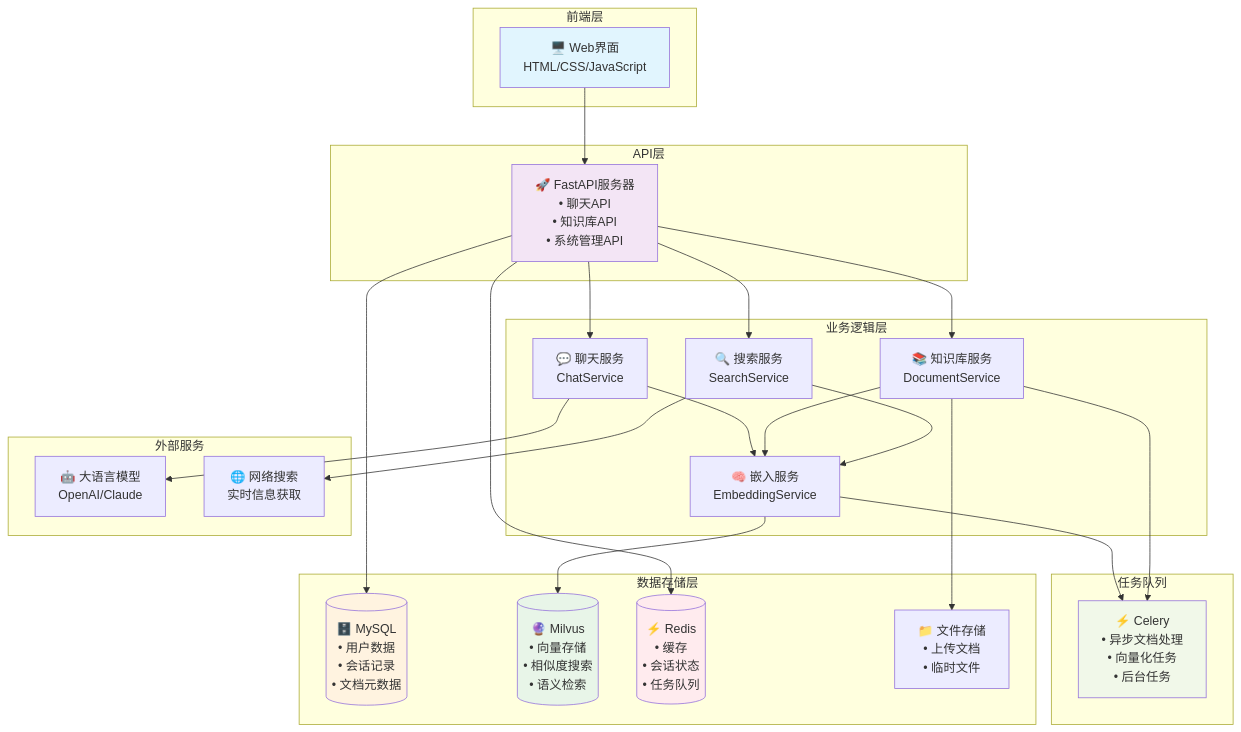
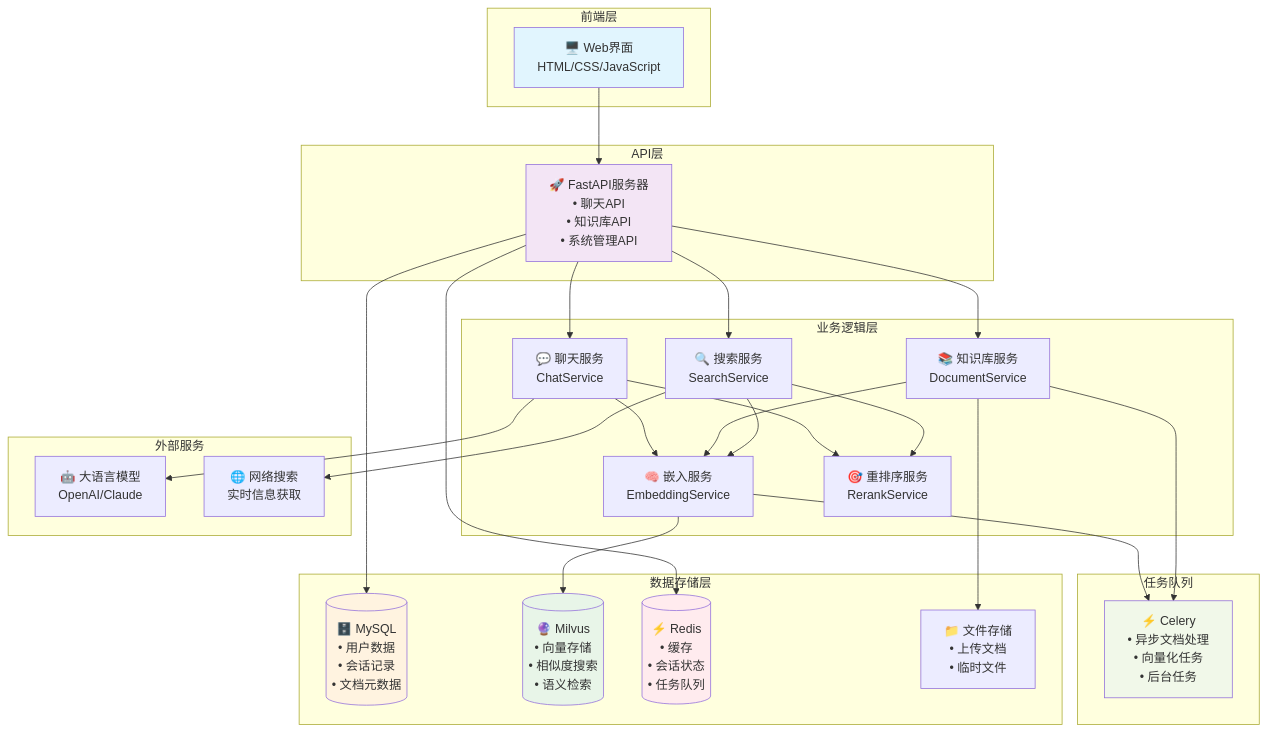
The diagram in README.md (lemonguess/sparklinkAI), drawn with Mermaid before and after one commit. The commit also changed other lines of this file and 10 other files, not shown here.

````diff
--- a/README.md
+++ b/README.md
@@ -20,60 +47,63 @@
 ```mermaid
 graph TB
     subgraph "前端层"
         UI[🖥️ Web界面<br/>HTML/CSS/JavaScript]
     end
     
     subgraph "API层"
         API[🚀 FastAPI服务器<br/>• 聊天API<br/>• 知识库API<br/>• 系统管理API]
     end
     
     subgraph "业务逻辑层"
         CHAT[💬 聊天服务<br/>ChatService]
         KB[📚 知识库服务<br/>DocumentService]
         SEARCH[🔍 搜索服务<br/>SearchService]
         EMB[🧠 嵌入服务<br/>EmbeddingService]
+        RERANK[🎯 重排序服务<br/>RerankService]
     end
     
     subgraph "任务队列"
         CELERY[⚡ Celery<br/>• 异步文档处理<br/>• 向量化任务<br/>• 后台任务]
     end
     
     subgraph "数据存储层"
         MYSQL[(🗄️ MySQL<br/>• 用户数据<br/>• 会话记录<br/>• 文档元数据)]
         MILVUS[(🔮 Milvus<br/>• 向量存储<br/>• 相似度搜索<br/>• 语义检索)]
         REDIS[(⚡ Redis<br/>• 缓存<br/>• 会话状态<br/>• 任务队列)]
         FILES[📁 文件存储<br/>• 上传文档<br/>• 临时文件]
     end
     
     subgraph "外部服务"
         LLM[🤖 大语言模型<br/>OpenAI/Claude]
         WEB[🌐 网络搜索<br/>实时信息获取]
     end
     
     UI --> API
     API --> CHAT
     API --> KB
     API --> SEARCH
     
     CHAT --> EMB
+    CHAT --> RERANK
     KB --> EMB
     SEARCH --> EMB
+    SEARCH --> RERANK
     
     EMB --> CELERY
     KB --> CELERY
     
     API --> MYSQL
     API --> REDIS
     EMB --> MILVUS
     KB --> FILES
     
     CHAT --> LLM
     SEARCH --> WEB
     
     style UI fill:#e1f5fe
     style API fill:#f3e5f5
     style MYSQL fill:#fff3e0
     style MILVUS fill:#e8f5e8
     style REDIS fill:#ffebee
     style CELERY fill:#f1f8e9
 ```
````
